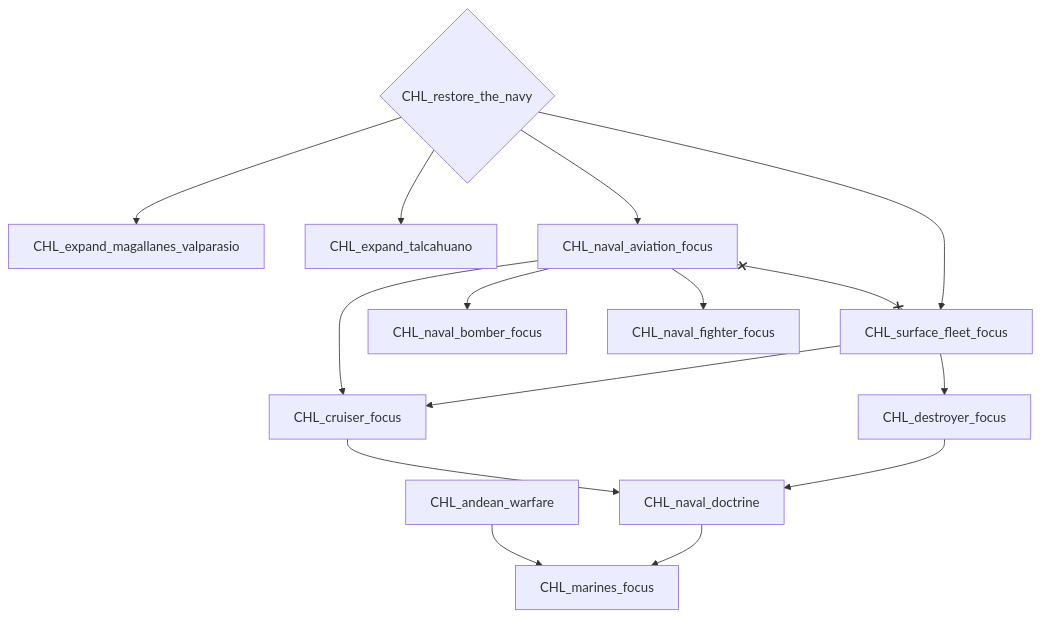
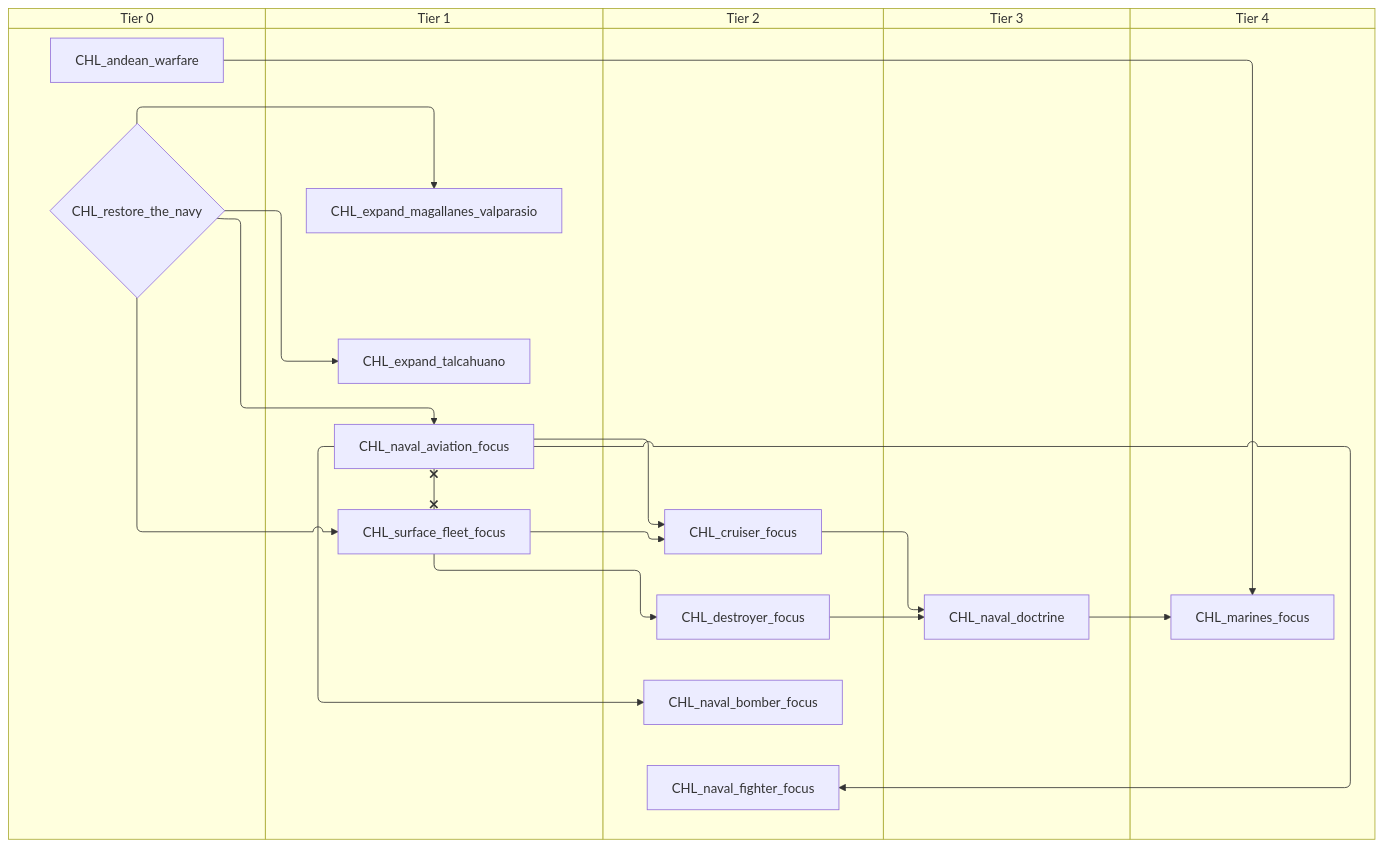
The fifth of 7 diagrams in docs/gdd/National Focuses/r56/r56_chile.md (evgeny-sobol/hoi4-sandbox-mode-r56), drawn with Mermaid before and after one commit. The commit also changed other lines of this file and 423 other files, not shown here.

First line of the commit message:
Re-export Rt56 focus trees as swimlane diagrams

````diff
--- a/docs/gdd/National Focuses/r56/r56_chile.md
+++ b/docs/gdd/National Focuses/r56/r56_chile.md
@@ -157,29 +207,39 @@
 ```mermaid
-flowchart TD
-    n44["CHL_andean_warfare"]
-    n55["CHL_cruiser_focus"]
-    n56["CHL_destroyer_focus"]
-    n57["CHL_expand_magallanes_valparasio"]
-    n58["CHL_expand_talcahuano"]
-    n50["CHL_marines_focus"]
-    n59["CHL_naval_aviation_focus"]
-    n60["CHL_naval_bomber_focus"]
-    n53["CHL_naval_doctrine"]
-    n61["CHL_naval_fighter_focus"]
-    n62{"CHL_restore_the_navy"}
-    n63["CHL_surface_fleet_focus"]
-    n63 --> n55
-    n59 --> n55
-    n63 --> n56
-    n62 --> n57
-    n62 --> n58
-    n53 --> n50
+swimlane-beta TD
+    subgraph tier_0["Tier 0"]
+        n45["CHL_andean_warfare"]
+        n55{"CHL_restore_the_navy"}
+    end
+    subgraph tier_1["Tier 1"]
+        n56["CHL_expand_magallanes_valparasio"]
+        n57["CHL_expand_talcahuano"]
+        n58["CHL_naval_aviation_focus"]
+        n59["CHL_surface_fleet_focus"]
+    end
+    subgraph tier_2["Tier 2"]
+        n60["CHL_cruiser_focus"]
+        n61["CHL_destroyer_focus"]
+        n62["CHL_naval_bomber_focus"]
+        n63["CHL_naval_fighter_focus"]
+    end
+    subgraph tier_3["Tier 3"]
+        n44["CHL_naval_doctrine"]
+    end
+    subgraph tier_4["Tier 4"]
+        n50["CHL_marines_focus"]
+    end
+    n59 --> n60
+    n58 --> n60
+    n59 --> n61
+    n55 --> n56
+    n55 --> n57
     n44 --> n50
-    n62 --> n59
-    n59 --> n60
-    n56 --> n53
-    n55 --> n53
-    n59 --> n61
-    n62 --> n63
-    n59 x--x n63
+    n45 --> n50
+    n55 --> n58
+    n58 --> n62
+    n61 --> n44
+    n60 --> n44
+    n58 --> n63
+    n55 --> n59
+    n58 x--x n59
 ```
````
